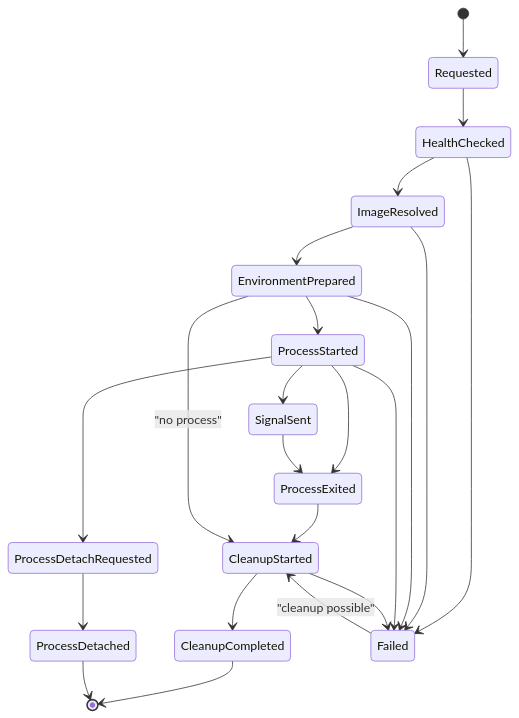
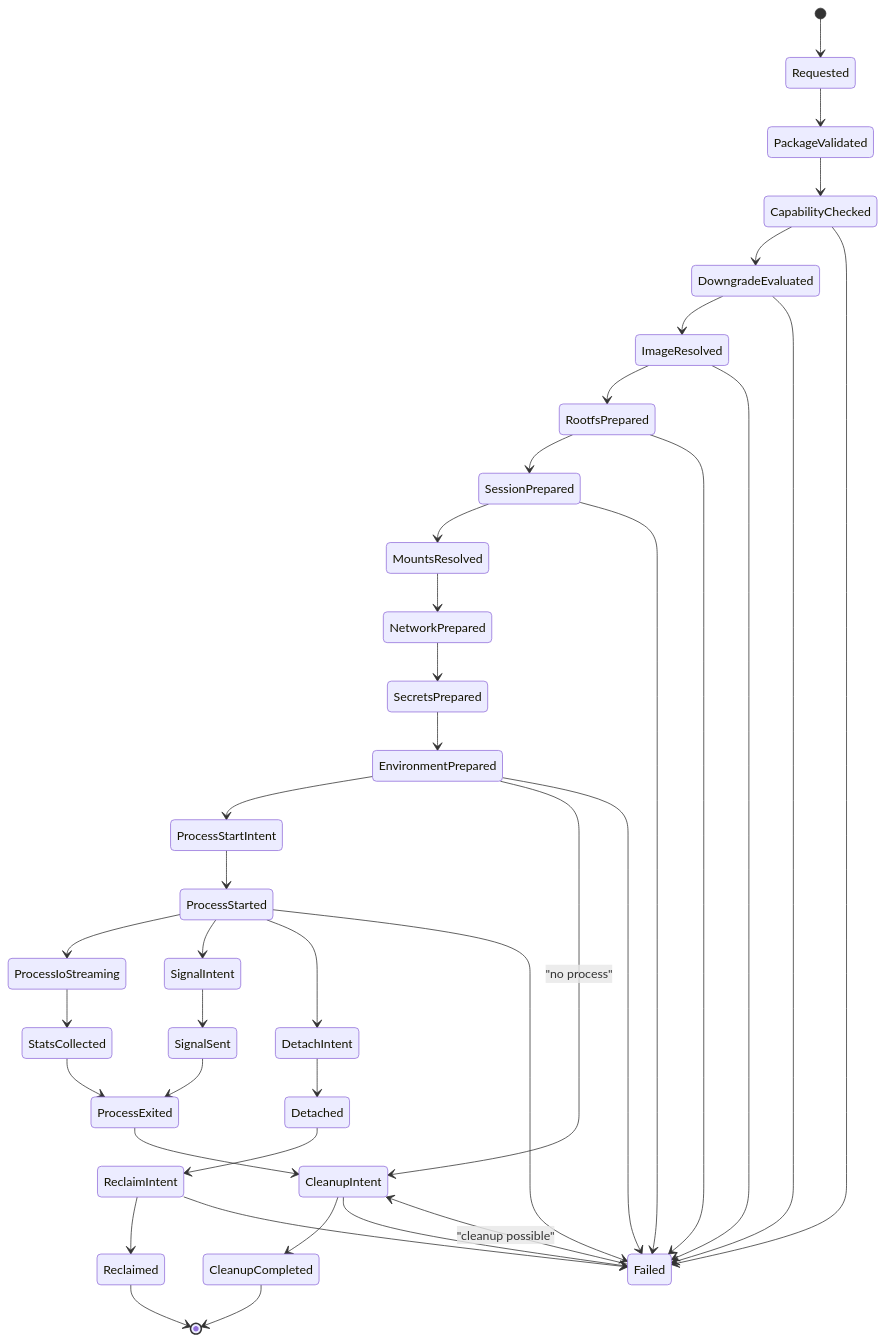
The diagram in docs/contracts/isolation-runtime-contract.md (heyclawdia/clawdia_sdk), drawn with Mermaid before and after one commit. The commit also changed other lines of this file and 19 other files, not shown here.

````diff
--- a/docs/contracts/isolation-runtime-contract.md
+++ b/docs/contracts/isolation-runtime-contract.md
@@ -105,24 +273,41 @@
 ```mermaid
 stateDiagram-v2
   [*] --> Requested
-  Requested --> HealthChecked
-  HealthChecked --> ImageResolved
-  ImageResolved --> EnvironmentPrepared
-  EnvironmentPrepared --> ProcessStarted
-  ProcessStarted --> ProcessExited
-  ProcessStarted --> ProcessDetachRequested
-  ProcessDetachRequested --> ProcessDetached
-  ProcessStarted --> SignalSent
+  Requested --> PackageValidated
+  PackageValidated --> CapabilityChecked
+  CapabilityChecked --> DowngradeEvaluated
+  DowngradeEvaluated --> ImageResolved
+  ImageResolved --> RootfsPrepared
+  RootfsPrepared --> SessionPrepared
+  SessionPrepared --> MountsResolved
+  MountsResolved --> NetworkPrepared
+  NetworkPrepared --> SecretsPrepared
+  SecretsPrepared --> EnvironmentPrepared
+  EnvironmentPrepared --> ProcessStartIntent
+  ProcessStartIntent --> ProcessStarted
+  ProcessStarted --> ProcessIoStreaming
+  ProcessIoStreaming --> StatsCollected
+  StatsCollected --> ProcessExited
+  ProcessStarted --> SignalIntent
+  SignalIntent --> SignalSent
   SignalSent --> ProcessExited
-  ProcessExited --> CleanupStarted
-  EnvironmentPrepared --> CleanupStarted: "no process"
-  CleanupStarted --> CleanupCompleted
-  HealthChecked --> Failed
+  ProcessStarted --> DetachIntent
+  DetachIntent --> Detached
+  ProcessExited --> CleanupIntent
+  EnvironmentPrepared --> CleanupIntent: "no process"
+  CleanupIntent --> CleanupCompleted
+  Detached --> ReclaimIntent
+  ReclaimIntent --> Reclaimed
+  CapabilityChecked --> Failed
+  DowngradeEvaluated --> Failed
   ImageResolved --> Failed
+  RootfsPrepared --> Failed
+  SessionPrepared --> Failed
   EnvironmentPrepared --> Failed
   ProcessStarted --> Failed
-  CleanupStarted --> Failed
+  CleanupIntent --> Failed
+  ReclaimIntent --> Failed
   CleanupCompleted --> [*]
-  ProcessDetached --> [*]
-  Failed --> CleanupStarted: "cleanup possible"
+  Reclaimed --> [*]
+  Failed --> CleanupIntent: "cleanup possible"
 ```
````
